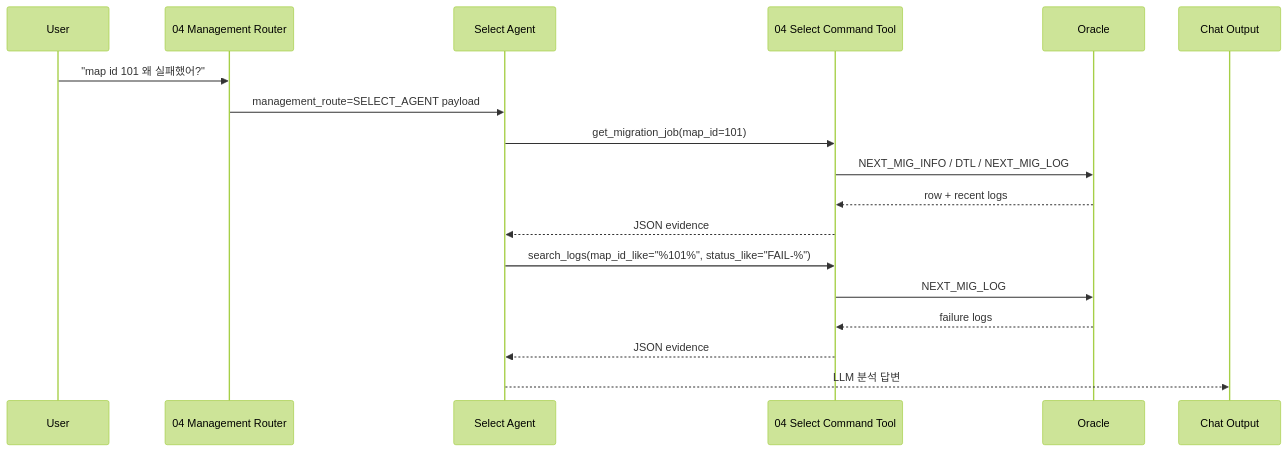
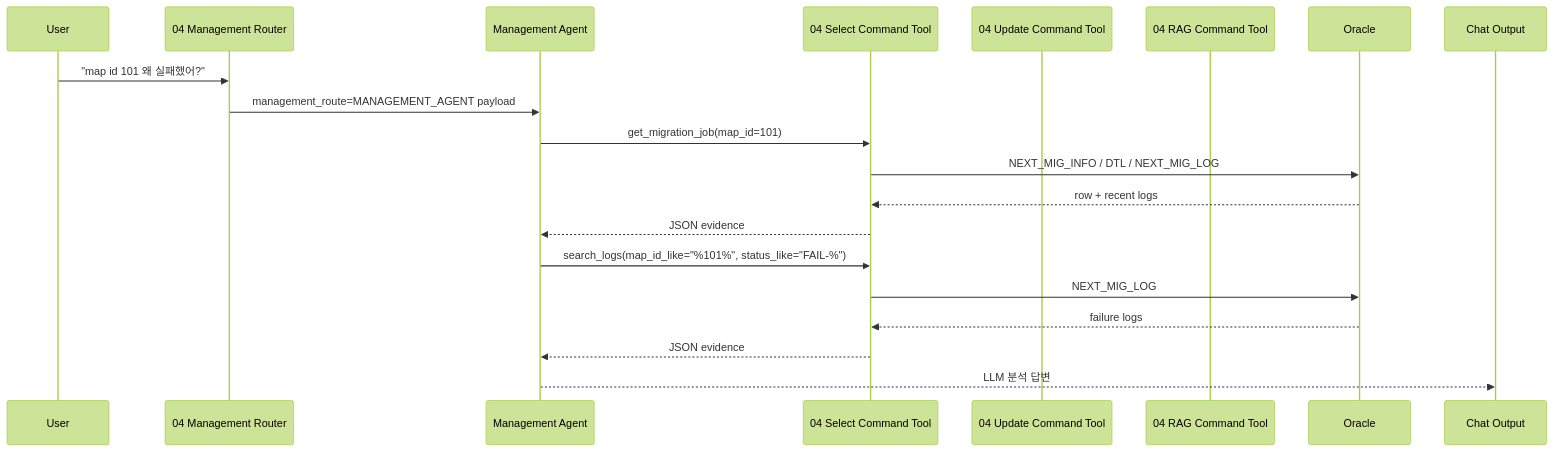
The fifth of 5 diagrams in smartMigrate_2.0_Langflow/00_guide/00_architecture_chapter2_chat_management.md (seongikjin227-jpg/refactoring_smartMigrate), drawn with Mermaid (forest theme) before and after one commit. The commit also changed other lines of this file and 8 other files, not shown here.

````diff
--- a/smartMigrate_2.0_Langflow/00_guide/00_architecture_chapter2_chat_management.md
+++ b/smartMigrate_2.0_Langflow/00_guide/00_architecture_chapter2_chat_management.md
@@ -114,21 +113,23 @@
 ```mermaid
 sequenceDiagram
     participant User
     participant R04 as 04 Management Router
-    participant Agent as Select Agent
-    participant Tool as 04 Select Command Tool
+    participant Agent as Management Agent
+    participant Select as 04 Select Command Tool
+    participant Update as 04 Update Command Tool
+    participant RAG as 04 RAG Command Tool
     participant DB as Oracle
     participant Out as Chat Output
 
     User->>R04: "map id 101 왜 실패했어?"
-    R04->>Agent: management_route=SELECT_AGENT payload
-    Agent->>Tool: get_migration_job(map_id=101)
-    Tool->>DB: NEXT_MIG_INFO / DTL / NEXT_MIG_LOG
-    DB-->>Tool: row + recent logs
-    Tool-->>Agent: JSON evidence
-    Agent->>Tool: search_logs(map_id_like="%101%", status_like="FAIL-%")
-    Tool->>DB: NEXT_MIG_LOG
-    DB-->>Tool: failure logs
-    Tool-->>Agent: JSON evidence
+    R04->>Agent: management_route=MANAGEMENT_AGENT payload
+    Agent->>Select: get_migration_job(map_id=101)
+    Select->>DB: NEXT_MIG_INFO / DTL / NEXT_MIG_LOG
+    DB-->>Select: row + recent logs
+    Select-->>Agent: JSON evidence
+    Agent->>Select: search_logs(map_id_like="%101%", status_like="FAIL-%")
+    Select->>DB: NEXT_MIG_LOG
+    DB-->>Select: failure logs
+    Select-->>Agent: JSON evidence
     Agent-->>Out: LLM 분석 답변
 ```
````
